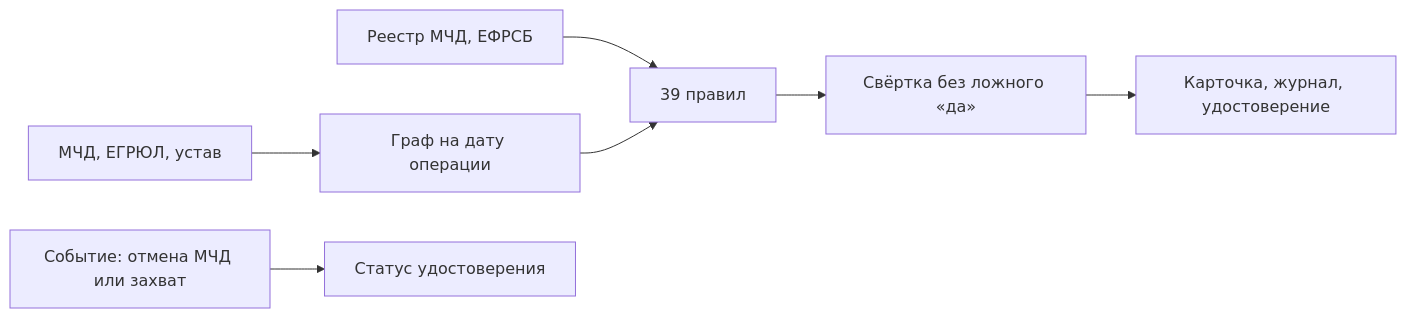
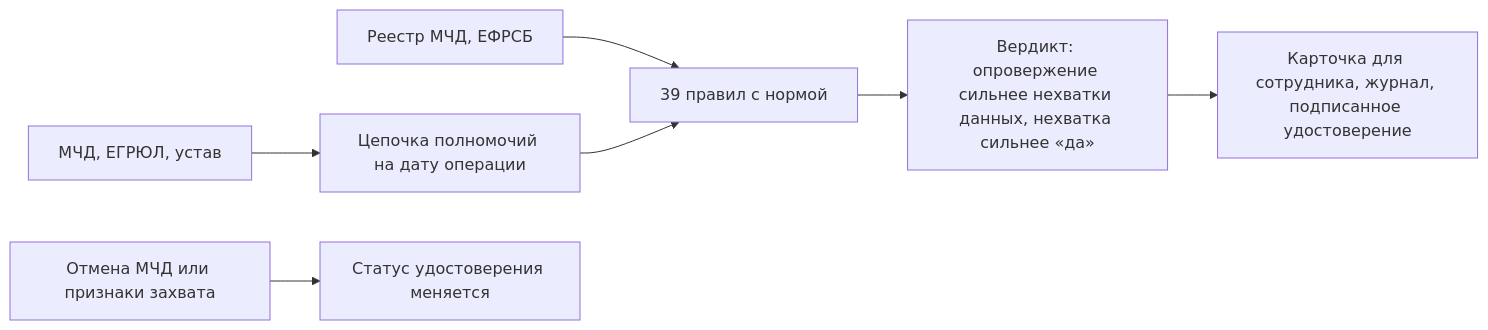
Before and after one commit to KonkovDV/Mandat: the diagram in README.md, drawn with Mermaid. The commit also changed other lines of this file and 16 other files, not shown here.

````diff
--- a/README.md
+++ b/README.md
@@ -75,9 +24,9 @@
 ```mermaid
 flowchart LR
-    A["МЧД, ЕГРЮЛ, устав"] --> B["Граф на дату операции"]
+    A["МЧД, ЕГРЮЛ, устав"] --> B["Цепочка полномочий на дату операции"]
     R["Реестр МЧД, ЕФРСБ"] --> C
-    B --> C["39 правил"]
-    C --> D["Свёртка без ложного «да»"]
-    D --> E["Карточка, журнал, удостоверение"]
-    F["Событие: отмена МЧД или захват"] --> G["Статус удостоверения"]
+    B --> C["39 правил с нормой"]
+    C --> D["Вердикт: опровержение сильнее нехватки данных, нехватка сильнее «да»"]
+    D --> E["Карточка для сотрудника, журнал, подписанное удостоверение"]
+    F["Отмена МЧД или признаки захвата"] --> G["Статус удостоверения меняется"]
 ```
````
